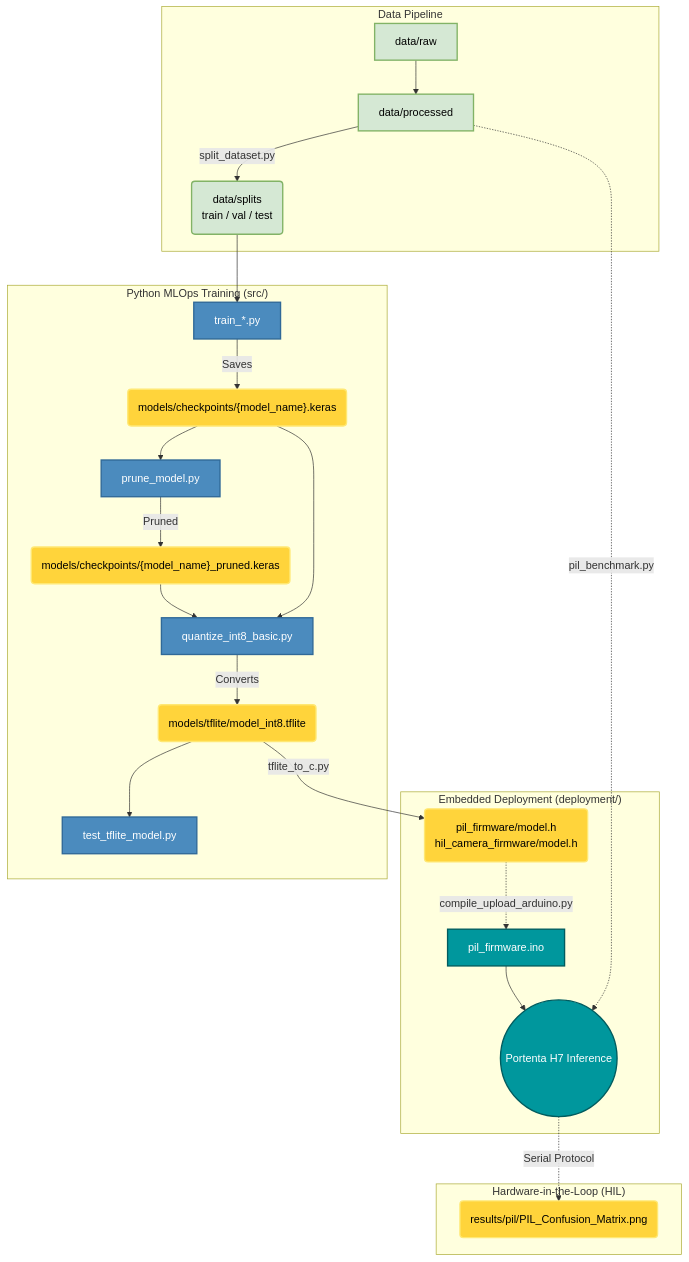
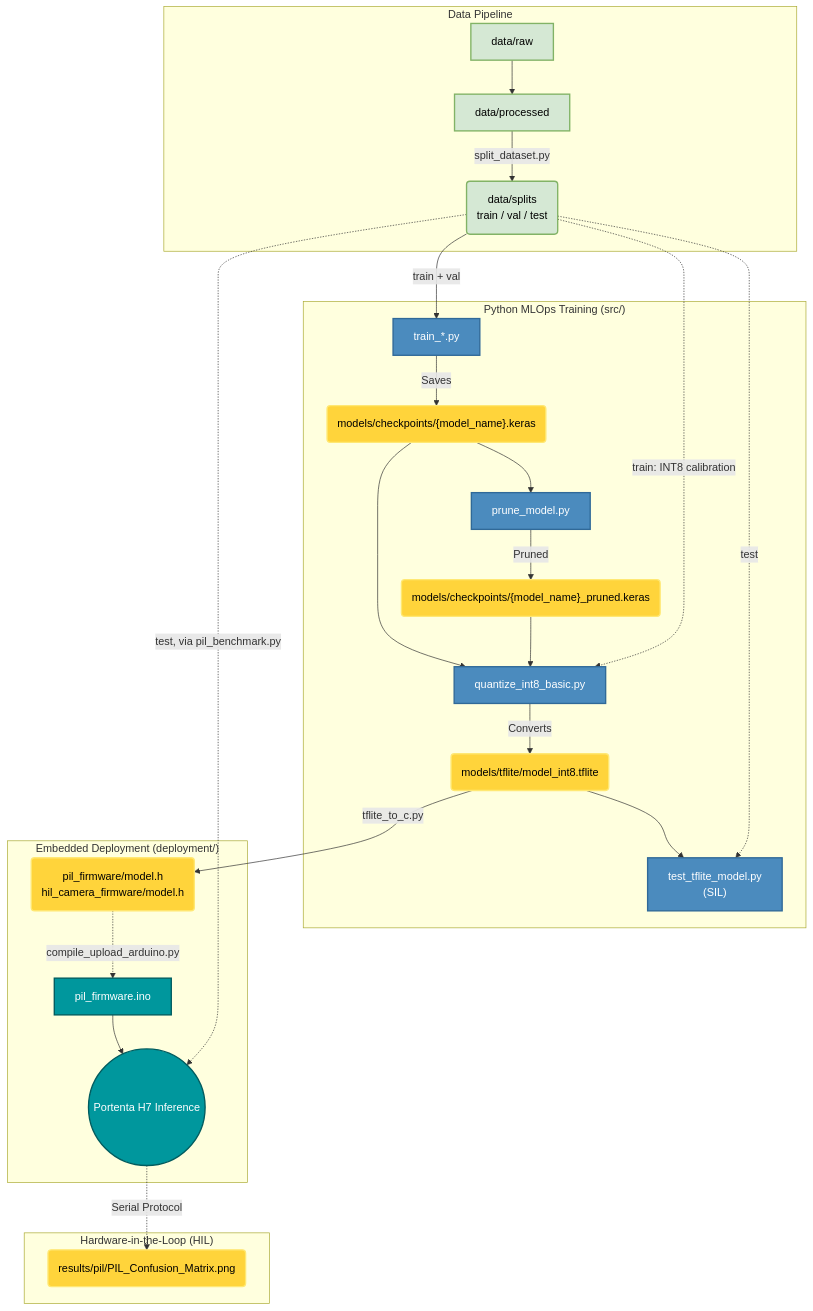
One commit to F4bian1012/Investigacion changed the diagram in README.md. Above: the diagram before and after it, drawn with Mermaid. The commit also changed other lines of this file, not shown here.

````diff
--- a/README.md
+++ b/README.md
@@ -93,36 +93,38 @@
 ```mermaid
 graph TD
     %% Styling
     classDef default fill:#f9f9f9,stroke:#333,stroke-width:2px,color:#000;
     classDef data fill:#D5E8D4,stroke:#82B366,stroke-width:2px,color:#000;
     classDef python fill:#4B8BBE,stroke:#306998,stroke-width:2px,color:#fff;
     classDef hardware fill:#00979D,stroke:#005C5F,stroke-width:2px,color:#fff;
     classDef artifact fill:#FFD43B,stroke:#FFE873,stroke-width:2px,color:#000;
 
     subgraph "Data Pipeline"
         RAW[data/raw]:::data --> PROC[data/processed]:::data
         PROC -->|split_dataset.py| SPLITS("data/splits<br/>train / val / test"):::data
     end
 
     subgraph "Python MLOps Training (src/)"
-        SPLITS --> TRAIN[train_*.py]:::python
+        SPLITS -->|train + val| TRAIN[train_*.py]:::python
         TRAIN -->|Saves| KERAS("models/checkpoints/{model_name}.keras"):::artifact
         KERAS --> PRUNE[prune_model.py]:::python
         PRUNE -->|Pruned| KERAS_PRUNED("models/checkpoints/{model_name}_pruned.keras"):::artifact
         KERAS --> OPT[quantize_int8_basic.py]:::python
         KERAS_PRUNED --> OPT
+        SPLITS -.->|train: INT8 calibration| OPT
         OPT -->|Converts| TFLITE(models/tflite/model_int8.tflite):::artifact
-        TFLITE --> EVAL[test_tflite_model.py]:::python
+        TFLITE --> EVAL["test_tflite_model.py<br/>(SIL)"]:::python
+        SPLITS -.->|test| EVAL
     end
 
     subgraph "Embedded Deployment (deployment/)"
         TFLITE -->|tflite_to_c.py| HEADER("pil_firmware/model.h<br/>hil_camera_firmware/model.h"):::artifact
         HEADER -.->|compile_upload_arduino.py| C_ENGINE[pil_firmware.ino]:::hardware
         C_ENGINE --> INFERENCE((Portenta H7 Inference)):::hardware
     end
 
     subgraph "Hardware-in-the-Loop (HIL)"
-        PROC -.->|pil_benchmark.py| INFERENCE
+        SPLITS -.->|test, via pil_benchmark.py| INFERENCE
         INFERENCE -.->|Serial Protocol| CM_PLOT(results/pil/PIL_Confusion_Matrix.png):::artifact
     end
 ```
````
